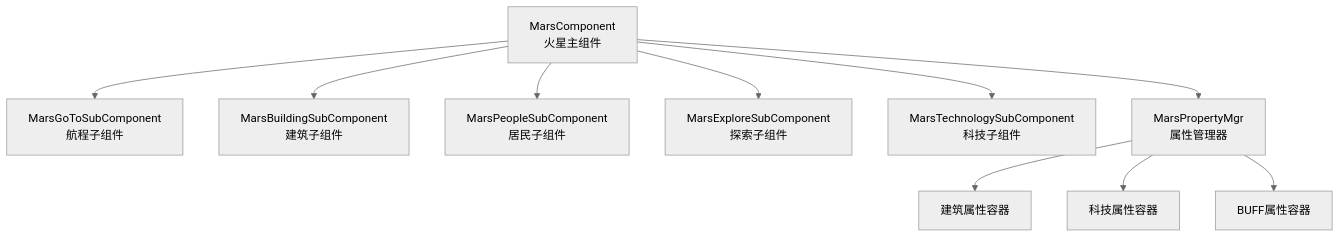
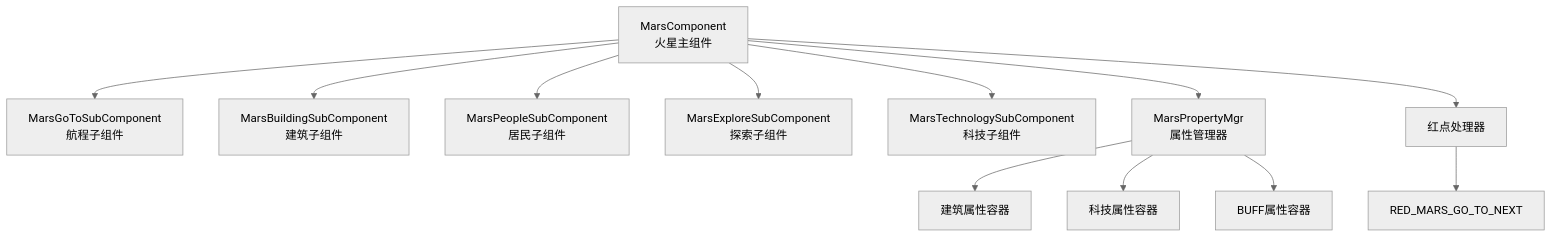
The sixth of 7 diagrams in docs/Module_Mars/05_完整说明.md (Alan-Ben/k2c_game_framework), drawn with Mermaid (neutral theme) before and after one commit. The commit also changed other lines of this file and 13 other files, not shown here.

````diff
--- a/docs/Module_Mars/05_完整说明.md
+++ b/docs/Module_Mars/05_完整说明.md
@@ -221,13 +307,16 @@
 ```mermaid
 graph TD
     A[MarsComponent<br/>火星主组件] --> B[MarsGoToSubComponent<br/>航程子组件]
     A --> C[MarsBuildingSubComponent<br/>建筑子组件]
     A --> D[MarsPeopleSubComponent<br/>居民子组件]
     A --> E[MarsExploreSubComponent<br/>探索子组件]
     A --> F[MarsTechnologySubComponent<br/>科技子组件]
 
     A --> G[MarsPropertyMgr<br/>属性管理器]
     G --> H[建筑属性容器]
     G --> I[科技属性容器]
     G --> J[BUFF属性容器]
+
+    A --> K[红点处理器]
+    K --> L[RED_MARS_GO_TO_NEXT]
 ```
````
